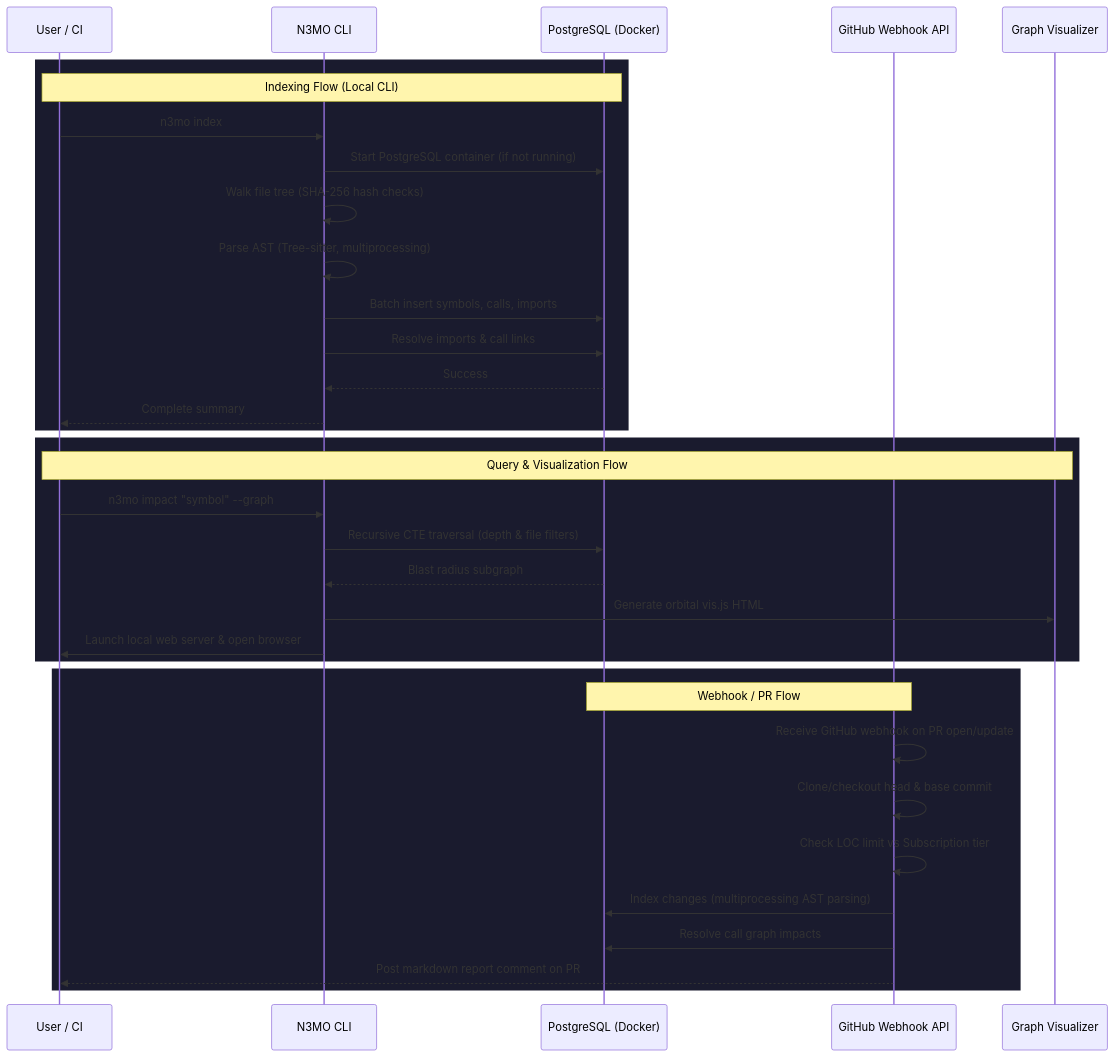
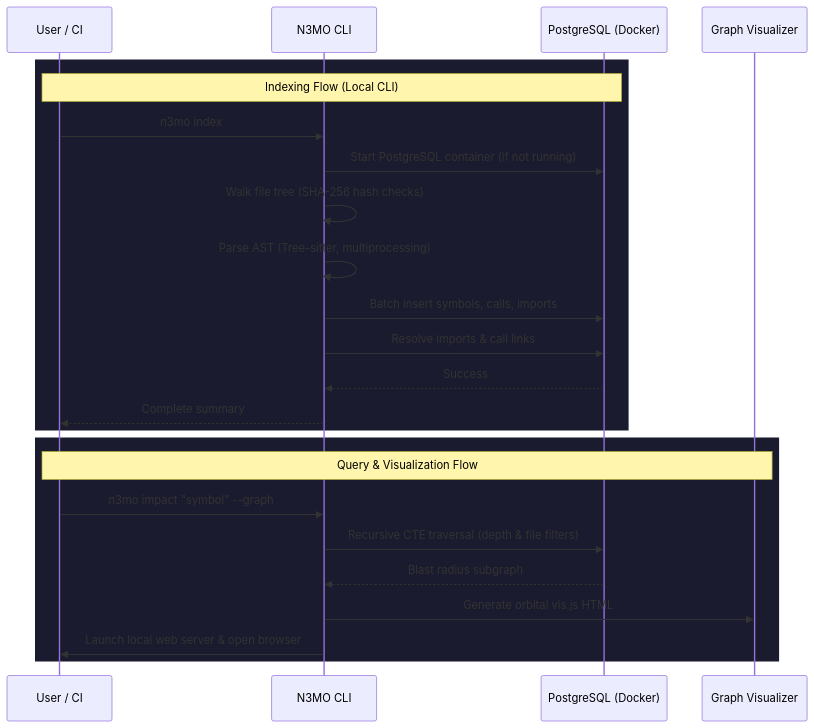
The second of 4 diagrams in README.md (RajX-dev/CODESEER-MAIN), drawn with Mermaid before and after one commit. The commit also changed other lines of this file and 1 other file, not shown here.

Commit message:
Restrict webhook integration to SaaS mode and update README

````diff
--- a/README.md
+++ b/README.md
@@ -136,39 +134,28 @@
 ```mermaid
 sequenceDiagram
     participant User as User / CI
     participant CLI as N3MO CLI
     participant DB as PostgreSQL (Docker)
-    participant API as GitHub Webhook API
     participant Viz as Graph Visualizer
 
     rect rgb(26, 27, 46)
     Note over User, DB: Indexing Flow (Local CLI)
     User->>CLI: n3mo index
     CLI->>DB: Start PostgreSQL container (if not running)
     CLI->>CLI: Walk file tree (SHA-256 hash checks)
     CLI->>CLI: Parse AST (Tree-sitter, multiprocessing)
     CLI->>DB: Batch insert symbols, calls, imports
     CLI->>DB: Resolve imports & call links
     DB-->>CLI: Success
     CLI-->>User: Complete summary
     end
 
     rect rgb(26, 27, 46)
     Note over User, Viz: Query & Visualization Flow
     User->>CLI: n3mo impact "symbol" --graph
     CLI->>DB: Recursive CTE traversal (depth & file filters)
     DB-->>CLI: Blast radius subgraph
     CLI->>Viz: Generate orbital vis.js HTML
     CLI->>User: Launch local web server & open browser
     end
-
-    rect rgb(26, 27, 46)
-    Note over API, DB: Webhook / PR Flow
-    API->>API: Receive GitHub webhook on PR open/update
-    API->>API: Clone/checkout head & base commit
-    API->>API: Check LOC limit vs Subscription tier
-    API->>DB: Index changes (multiprocessing AST parsing)
-    API->>DB: Resolve call graph impacts
-    API-->>User: Post markdown report comment on PR
-    end
 ```
````
